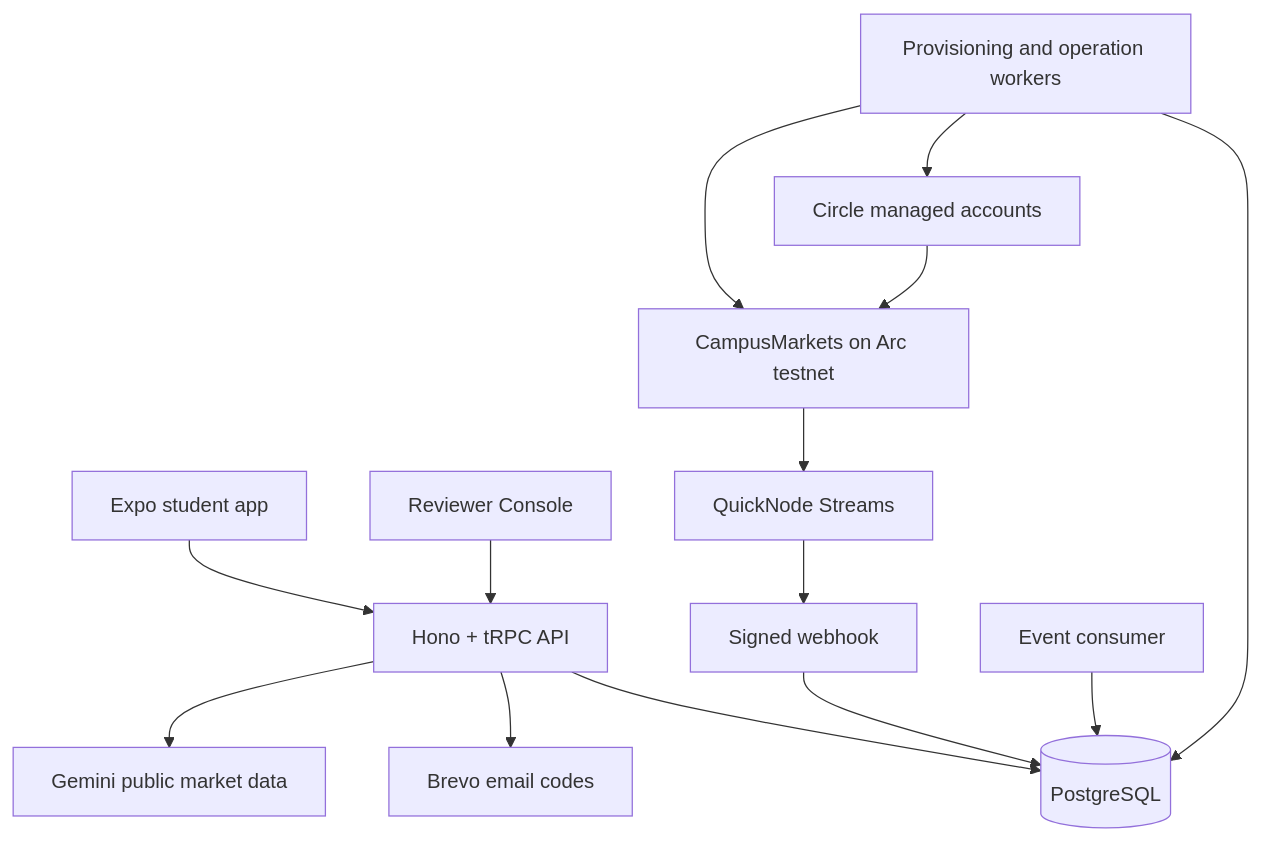
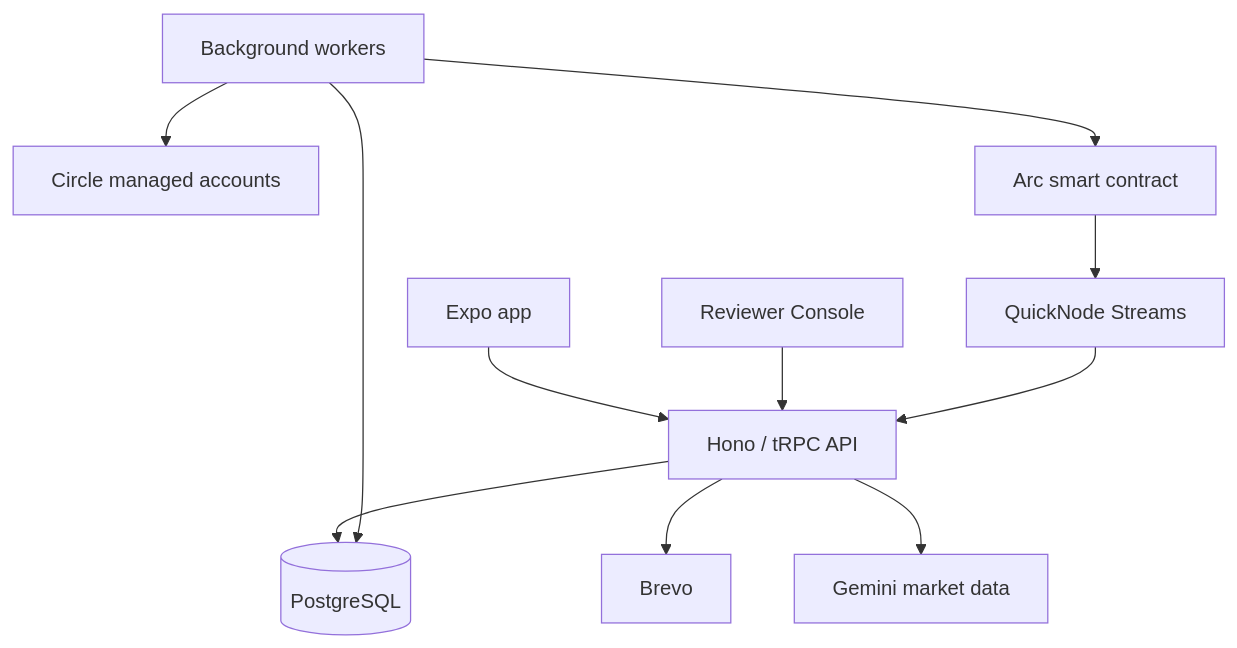
Before and after one commit to AyeshaSatpathy/UBC-HUNCH: the diagram in README.md, drawn with Mermaid. The commit also changed other lines of this file, not shown here.

````diff
--- a/README.md
+++ b/README.md
@@ -37,16 +44,13 @@
 ```mermaid
 flowchart TD
-    Student[Expo student app] --> API[Hono + tRPC API]
+    Mobile[Expo app] --> API[Hono / tRPC API]
     Reviewer[Reviewer Console] --> API
     API --> DB[(PostgreSQL)]
-    API --> Brevo[Brevo email codes]
-    API --> Gemini[Gemini public market data]
-    Workers[Provisioning and operation workers] --> DB
-    Workers --> Circle[Circle managed accounts]
-    Workers --> Arc[CampusMarkets on Arc testnet]
-    Circle --> Arc
-    Arc --> Stream[QuickNode Streams]
-    Stream --> Webhook[Signed webhook]
-    Webhook --> DB
-    Consumer[Event consumer] --> DB
+    API --> Brevo[Brevo]
+    API --> Gemini[Gemini market data]
+    Workers[Background workers] --> Circle[Circle managed accounts]
+    Workers --> Arc[Arc smart contract]
+    Arc --> QuickNode[QuickNode Streams]
+    QuickNode --> API
+    Workers --> DB
 ```
````
